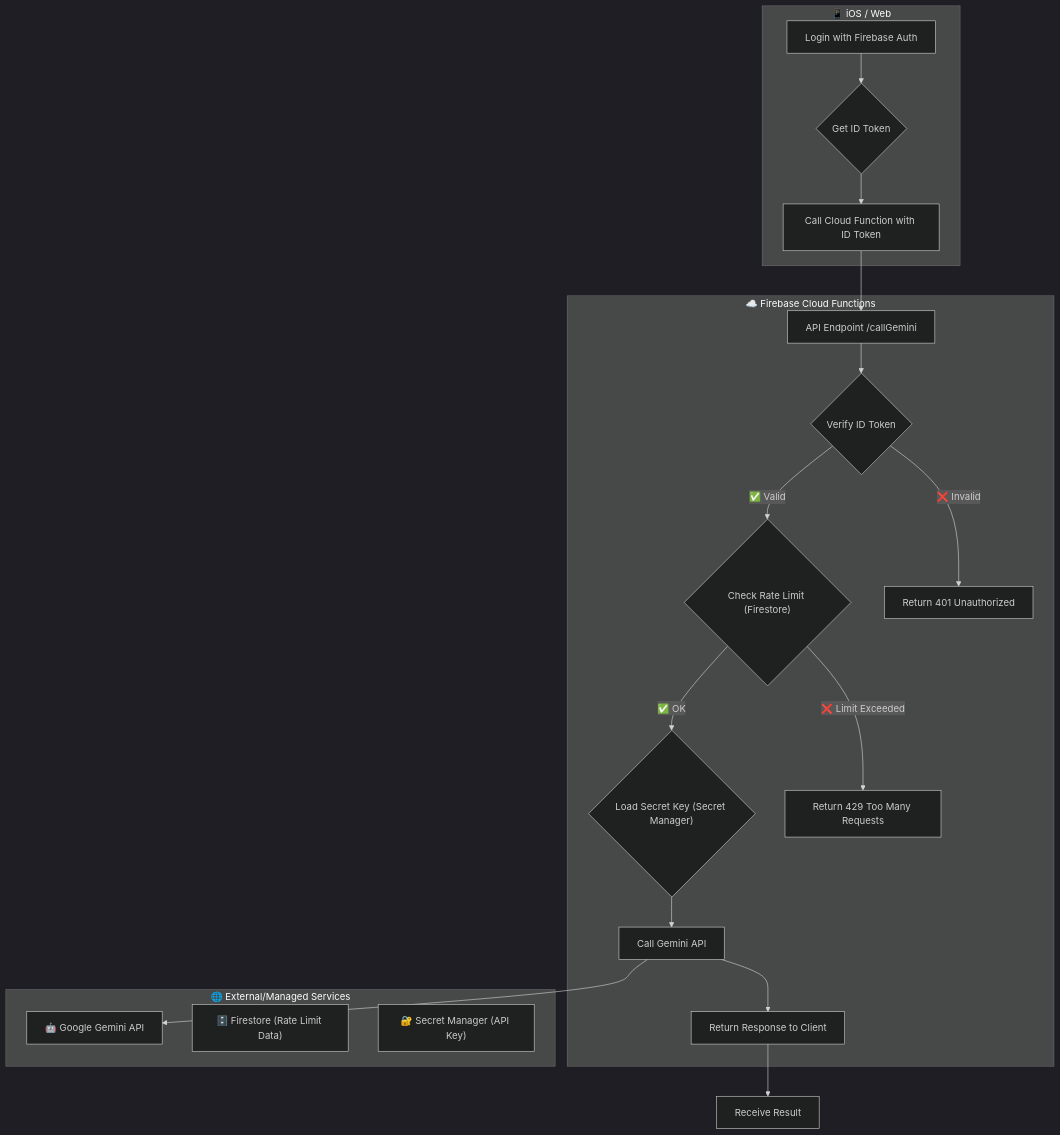
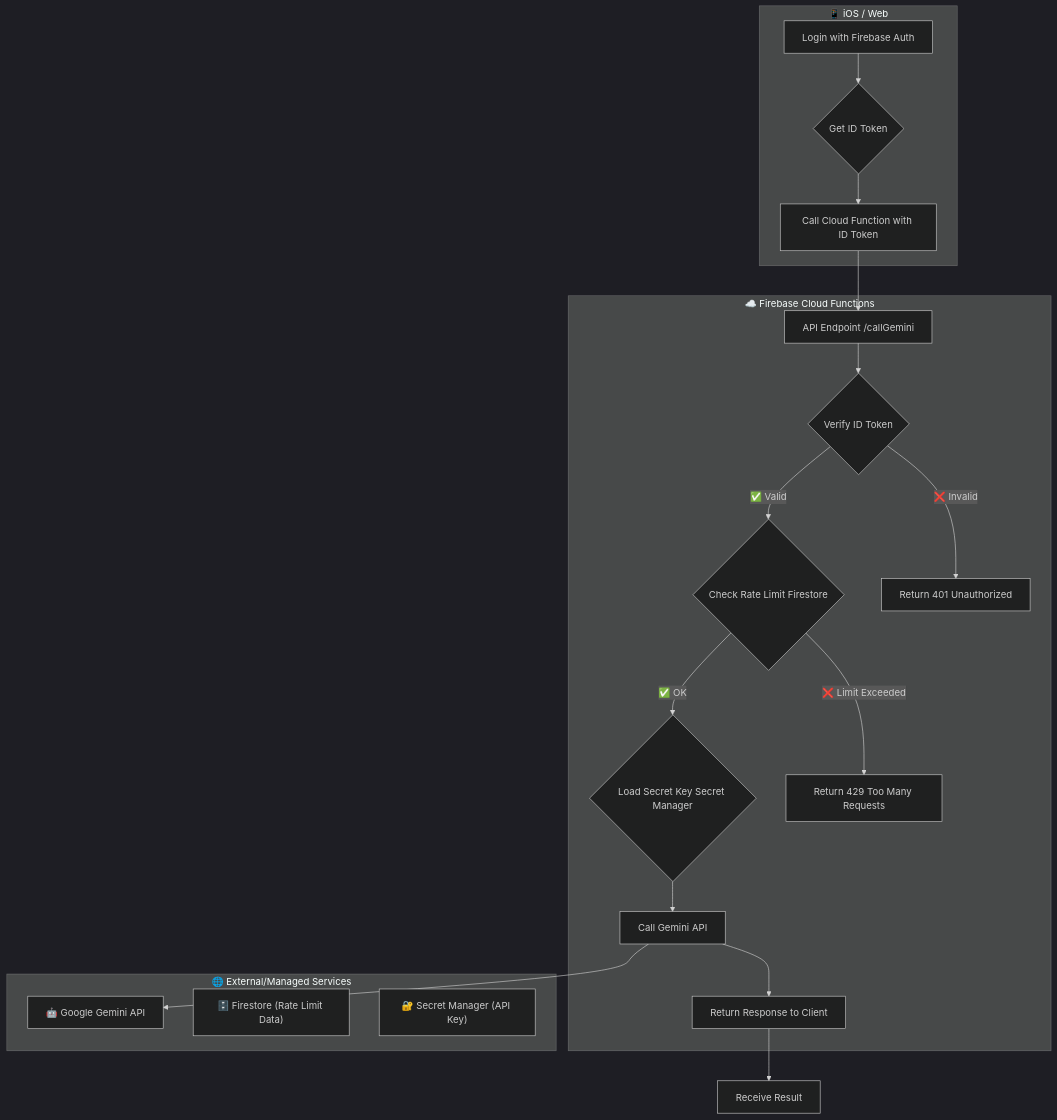
The third of 3 diagrams in content/backend-ai/ai-api-cost-prevention-serverless-security-pattern.mdx (Mino777/ai-study), drawn with Mermaid (dark theme) before and after one commit. The commit also changed 30 other files, not shown here.

First line of the commit message:
fix: Mermaid 렌더링 에러 42건 수정 + mermaid-fix.mjs 규칙 4개 추가

````diff
--- a/content/backend-ai/ai-api-cost-prevention-serverless-security-pattern.mdx
+++ b/content/backend-ai/ai-api-cost-prevention-serverless-security-pattern.mdx
@@ -253,30 +253,30 @@
 ```mermaid
 flowchart TD
     subgraph Client ["📱 iOS / Web"]
         A[Login with Firebase Auth] --> B{Get ID Token};
         B --> C[Call Cloud Function with ID Token];
     end
 
     subgraph Serverless_Backend ["☁️ Firebase Cloud Functions"]
         D[API Endpoint /callGemini] --> E{Verify ID Token};
-        E -- "✅ Valid" --> F{"Check Rate Limit (Firestore)"};
+        E -- "✅ Valid" --> F{"Check Rate Limit Firestore"};
         E -- "❌ Invalid" --> G[Return 401 Unauthorized];
         
-        F -- "✅ OK" --> H{"Load Secret Key (Secret Manager)"};
+        F -- "✅ OK" --> H{"Load Secret Key Secret Manager"};
         F -- "❌ Limit Exceeded" --> I[Return 429 Too Many Requests];
         
         H --> J[Call Gemini API];
         J --> K[Return Response to Client];
     end
     
     C --> D;
     K --> Client_Response[Receive Result];
     
     subgraph External_Services ["🌐 External/Managed Services"]
         Gemini["🤖 Google Gemini API"];
         Firestore["🗄️ Firestore (Rate Limit Data)"];
         SecretManager["🔐 Secret Manager (API Key)"];
     end
 
     J --> Gemini;
 ```
````
